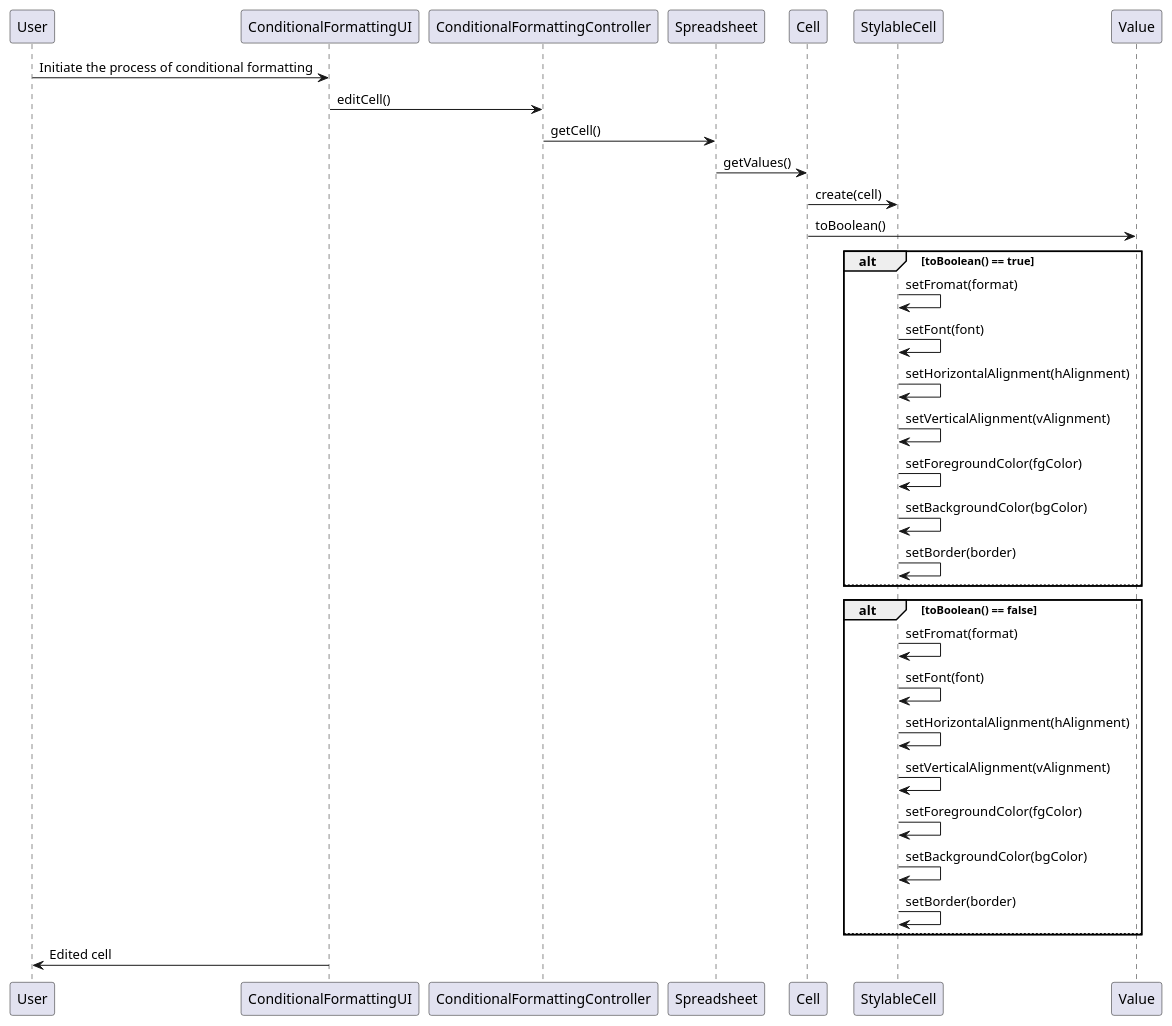
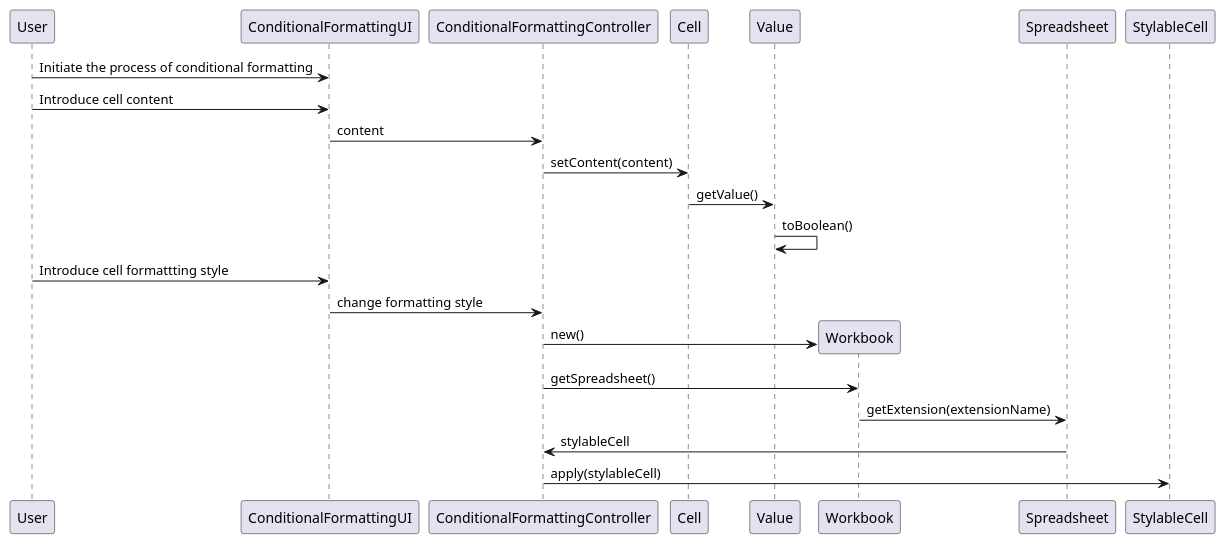
Before and after one commit to RubenTeixeira/cleansheets_isep_2dg_2016: the diagram in src/main/java/csheets/worklog/n1140260/sprint2/lang03_01_design.puml, drawn with PlantUML. The commit also changed 3 other files, not shown here.

```diff
--- a/src/main/java/csheets/worklog/n1140260/sprint2/lang03_01_design.puml
+++ b/src/main/java/csheets/worklog/n1140260/sprint2/lang03_01_design.puml
@@ -1,29 +1,16 @@
 @startuml doc-files/lang03_01_design1.png
 User -> ConditionalFormattingUI: Initiate the process of conditional formatting
-ConditionalFormattingUI -> ConditionalFormattingController: editCell()
-ConditionalFormattingController -> Spreadsheet: getCell()
-Spreadsheet -> Cell: getValues()
-Cell -> StylableCell: create(cell)
-Cell -> Value: toBoolean()
-alt toBoolean() == true
-StylableCell -> StylableCell:setFromat(format)
-StylableCell -> StylableCell:setFont(font)
-StylableCell -> StylableCell:setHorizontalAlignment(hAlignment)
-StylableCell -> StylableCell:setVerticalAlignment(vAlignment)
-StylableCell -> StylableCell:setForegroundColor(fgColor)
-StylableCell -> StylableCell:setBackgroundColor(bgColor)
-StylableCell -> StylableCell:setBorder(border)
-else
-end
-alt toBoolean() == false
-StylableCell -> StylableCell:setFromat(format)
-StylableCell -> StylableCell:setFont(font)
-StylableCell -> StylableCell:setHorizontalAlignment(hAlignment)
-StylableCell -> StylableCell:setVerticalAlignment(vAlignment)
-StylableCell -> StylableCell:setForegroundColor(fgColor)
-StylableCell -> StylableCell:setBackgroundColor(bgColor)
-StylableCell -> StylableCell:setBorder(border)
-else
-end
-ConditionalFormattingUI -> User: Edited cell
+User -> ConditionalFormattingUI: Introduce cell content
+ConditionalFormattingUI -> ConditionalFormattingController:content
+ConditionalFormattingController -> Cell:setContent(content)
+Cell -> Value:getValue()
+Value -> Value:toBoolean()
+User -> ConditionalFormattingUI: Introduce cell formattting style
+ConditionalFormattingUI -> ConditionalFormattingController:change formatting style
+create Workbook
+ConditionalFormattingController -> Workbook:new()
+ConditionalFormattingController -> Workbook:getSpreadsheet()
+Workbook -> Spreadsheet:getExtension(extensionName)
+Spreadsheet -> ConditionalFormattingController:stylableCell
+ConditionalFormattingController -> StylableCell:apply(stylableCell)
 @enduml
```
